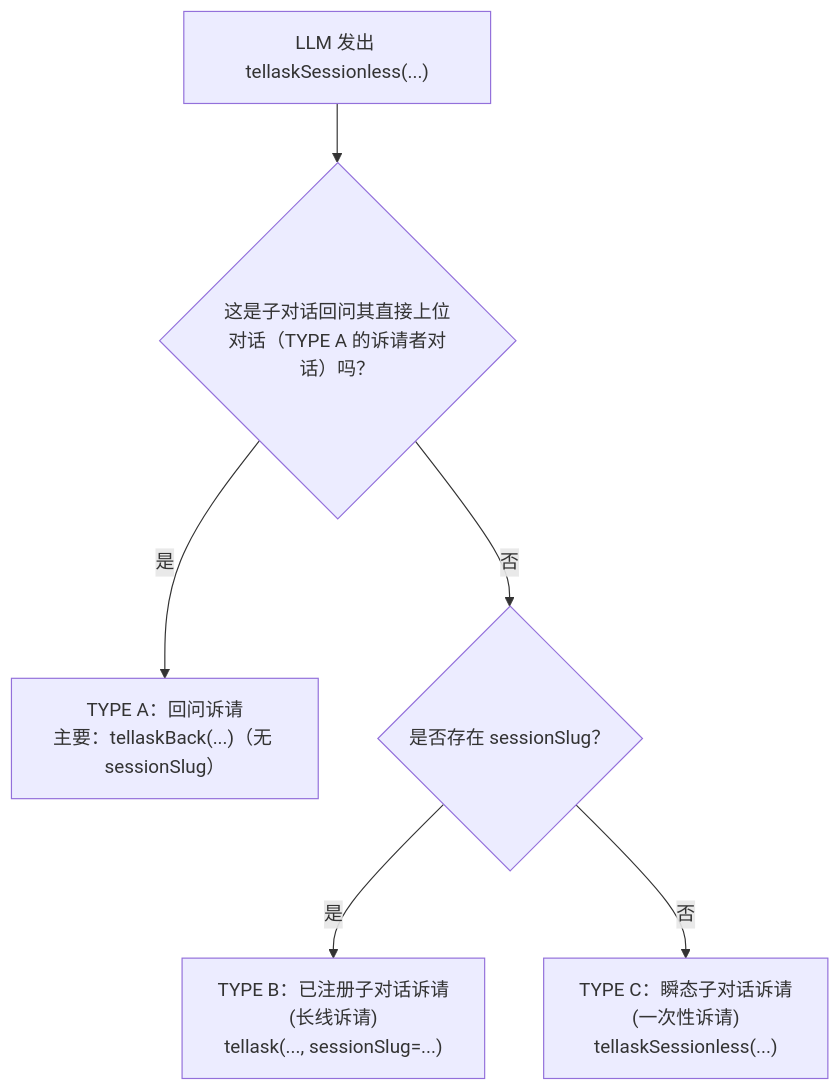
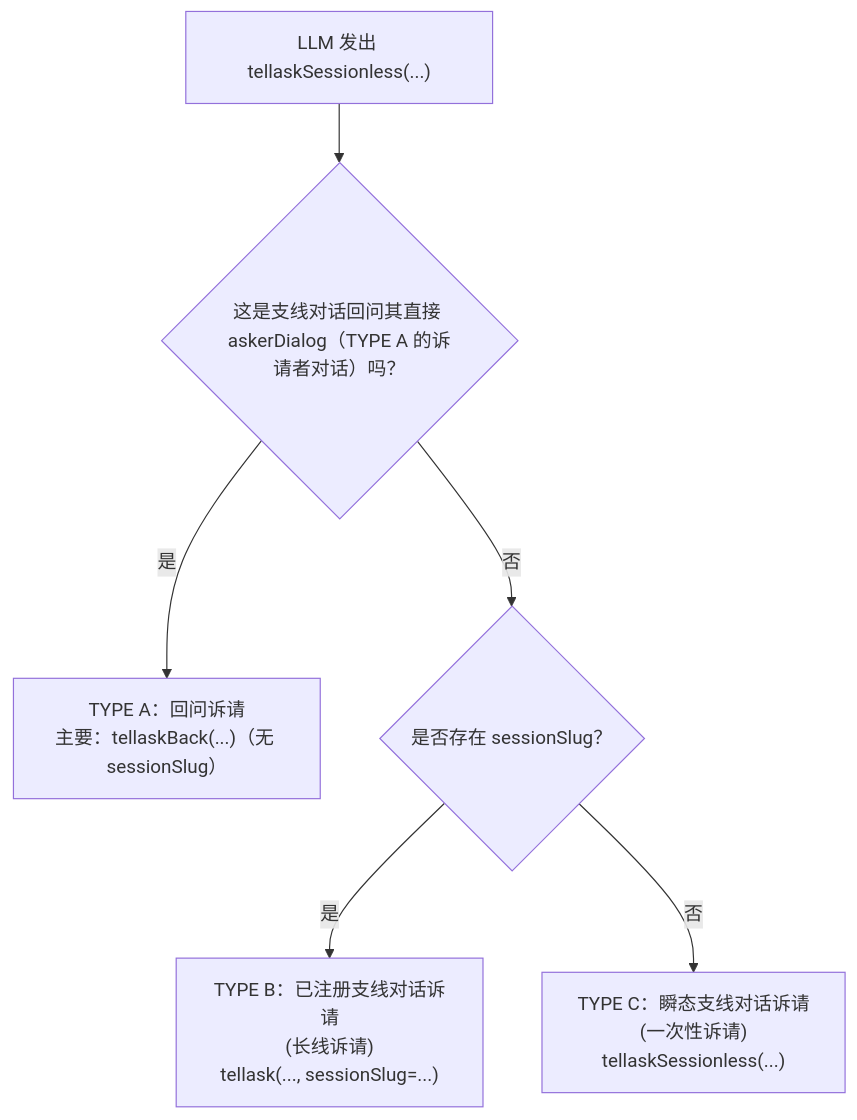
Before and after one commit to longrun-ai/dominds: the first of 19 diagrams in docs/dialog-system.zh.md, drawn with Mermaid. The commit also changed other lines of this file and 195 other files, not shown here.

````diff
--- a/docs/dialog-system.zh.md
+++ b/docs/dialog-system.zh.md
@@ -212,8 +212,8 @@
 ```mermaid
 flowchart TD
-  M["LLM 发出 tellaskSessionless(...)"] --> Q{"这是子对话回问其直接上位对话（TYPE A 的诉请者对话）吗？"}
+  M["LLM 发出 tellaskSessionless(...)"] --> Q{"这是支线对话回问其直接 askerDialog（TYPE A 的诉请者对话）吗？"}
   Q -- 是 --> A["TYPE A：回问诉请<br/>主要：tellaskBack(...)（无 sessionSlug）"]
   Q -- 否 --> T{是否存在 sessionSlug？}
-  T -- 是 --> B["TYPE B：已注册子对话诉请<br/>(长线诉请)<br/>tellask(..., sessionSlug=...)"]
-  T -- 否 --> C["TYPE C：瞬态子对话诉请<br/>(一次性诉请)<br/>tellaskSessionless(...)"]
+  T -- 是 --> B["TYPE B：已注册支线对话诉请<br/>(长线诉请)<br/>tellask(..., sessionSlug=...)"]
+  T -- 否 --> C["TYPE C：瞬态支线对话诉请<br/>(一次性诉请)<br/>tellaskSessionless(...)"]
 ```
````
